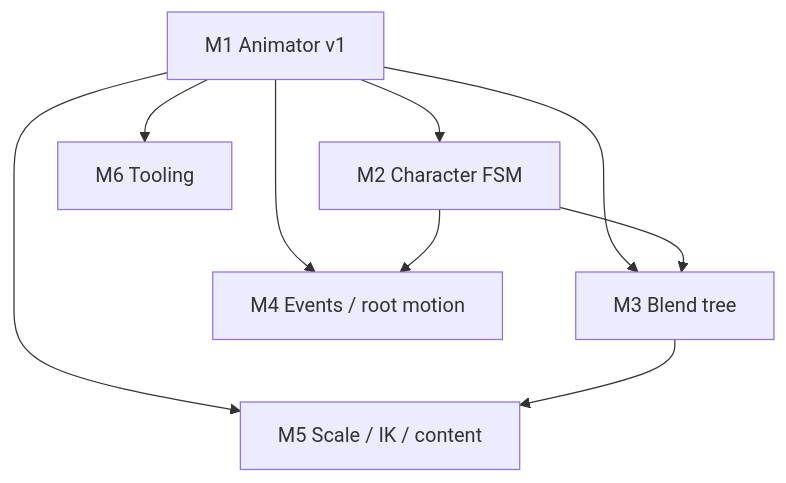
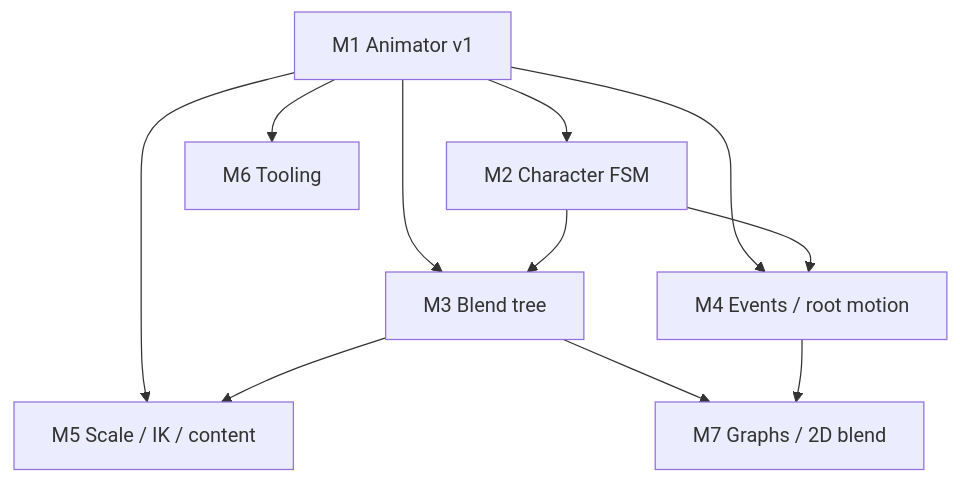
Before and after one commit to hoihky/spark: the diagram in docs/ANIMATION_3D_ROADMAP.md, drawn with Mermaid. The commit also changed other lines of this file and 13 other files, not shown here.

Commit message:
update features roadmap

````diff
--- a/docs/ANIMATION_3D_ROADMAP.md
+++ b/docs/ANIMATION_3D_ROADMAP.md
@@ -197,17 +216,20 @@
 ```mermaid
 flowchart TB
   M1[M1 Animator v1]
   M2[M2 Character FSM]
   M3[M3 Blend tree]
   M4[M4 Events / root motion]
   M5[M5 Scale / IK / content]
   M6[M6 Tooling]
+  M7[M7 Graphs / 2D blend]
   M1 --> M2
   M1 --> M3
   M2 --> M3
   M1 --> M4
   M2 --> M4
   M1 --> M5
   M3 --> M5
   M1 --> M6
+  M3 --> M7
+  M4 --> M7
 ```
````
